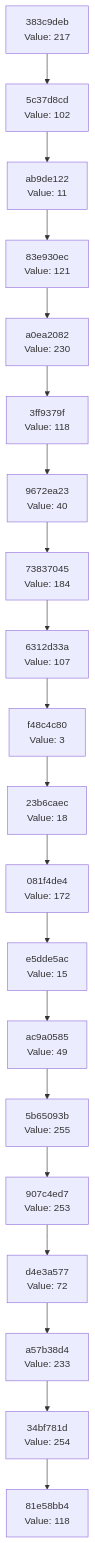
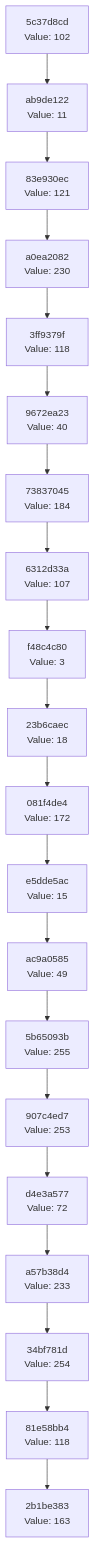
Before and after one commit to Abhisheksinha1506/hash-chain-evolver: the diagram in docs/CHAIN_VISUALIZATION.md, drawn with Mermaid. The commit also changed 2 other files, not shown here.

Commit message:
Evolution step: hash 0xA3 → action executed

````diff
--- a/docs/CHAIN_VISUALIZATION.md
+++ b/docs/CHAIN_VISUALIZATION.md
@@ -3,42 +3,42 @@
 ```mermaid
 graph TD
-    C0["81e58bb4<br/>Value: 118"]
-    C1["34bf781d<br/>Value: 254"]
+    C0["2b1be383<br/>Value: 163"]
+    C1["81e58bb4<br/>Value: 118"]
     C1 --> C0
-    C2["a57b38d4<br/>Value: 233"]
+    C2["34bf781d<br/>Value: 254"]
     C2 --> C1
-    C3["d4e3a577<br/>Value: 72"]
+    C3["a57b38d4<br/>Value: 233"]
     C3 --> C2
-    C4["907c4ed7<br/>Value: 253"]
+    C4["d4e3a577<br/>Value: 72"]
     C4 --> C3
-    C5["5b65093b<br/>Value: 255"]
+    C5["907c4ed7<br/>Value: 253"]
     C5 --> C4
-    C6["ac9a0585<br/>Value: 49"]
+    C6["5b65093b<br/>Value: 255"]
     C6 --> C5
-    C7["e5dde5ac<br/>Value: 15"]
+    C7["ac9a0585<br/>Value: 49"]
     C7 --> C6
-    C8["081f4de4<br/>Value: 172"]
+    C8["e5dde5ac<br/>Value: 15"]
     C8 --> C7
-    C9["23b6caec<br/>Value: 18"]
+    C9["081f4de4<br/>Value: 172"]
     C9 --> C8
-    C10["f48c4c80<br/>Value: 3"]
+    C10["23b6caec<br/>Value: 18"]
     C10 --> C9
-    C11["6312d33a<br/>Value: 107"]
+    C11["f48c4c80<br/>Value: 3"]
     C11 --> C10
-    C12["73837045<br/>Value: 184"]
+    C12["6312d33a<br/>Value: 107"]
     C12 --> C11
-    C13["9672ea23<br/>Value: 40"]
+    C13["73837045<br/>Value: 184"]
     C13 --> C12
-    C14["3ff9379f<br/>Value: 118"]
+    C14["9672ea23<br/>Value: 40"]
     C14 --> C13
-    C15["a0ea2082<br/>Value: 230"]
+    C15["3ff9379f<br/>Value: 118"]
     C15 --> C14
-    C16["83e930ec<br/>Value: 121"]
+    C16["a0ea2082<br/>Value: 230"]
     C16 --> C15
-    C17["ab9de122<br/>Value: 11"]
+    C17["83e930ec<br/>Value: 121"]
     C17 --> C16
-    C18["5c37d8cd<br/>Value: 102"]
+    C18["ab9de122<br/>Value: 11"]
     C18 --> C17
-    C19["383c9deb<br/>Value: 217"]
+    C19["5c37d8cd<br/>Value: 102"]
     C19 --> C18
 ```
````
